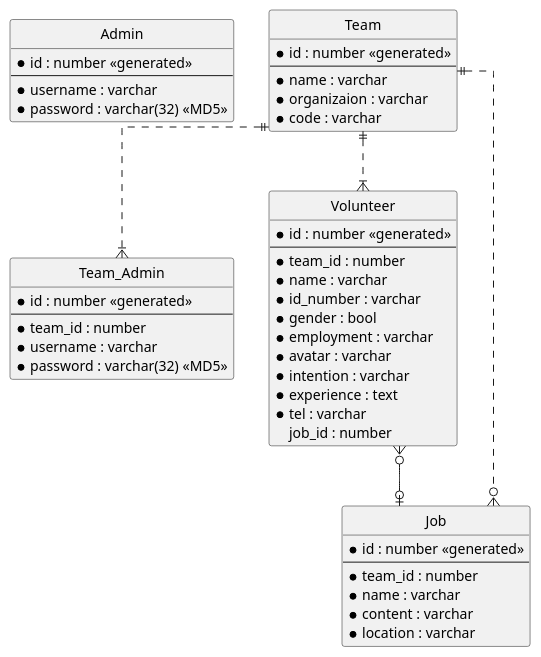
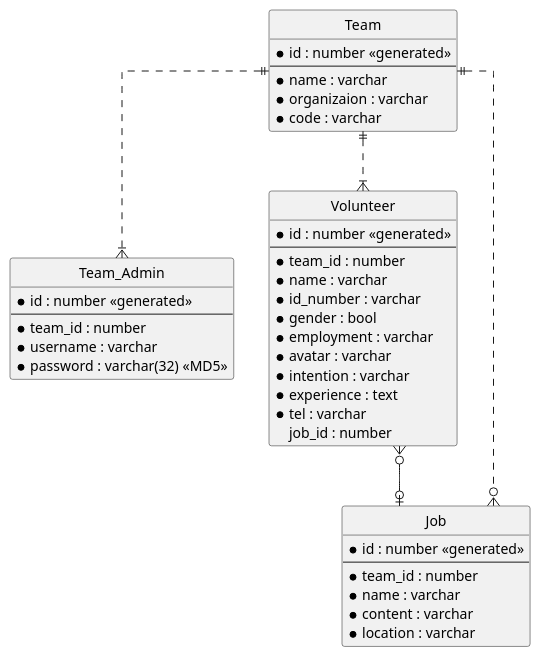
One commit to dump-time/games-admin-server changed the diagram in doc/er.puml. Above: the diagram before and after it, drawn with PlantUML.

Commit message:
Change the database structure

```diff
--- a/doc/er.puml
+++ b/doc/er.puml
@@ -1,65 +1,57 @@
 @startuml database_er
 ' hide the spot
 hide circle
 
 ' avoid problems with angled crows feet
 skinparam linetype ortho
 
-' 平台管理员
-entity "Admin" as a1 {
-    * id : number <<generated>>
-    ---
-    * username : varchar
-    * password : varchar(32) <<MD5>>
-}
-
-' 团队管理员
+' 管理员
 entity "Team_Admin" as a2  {
     * id : number <<generated>>
     ---
     * team_id : number
     * username : varchar
     * password : varchar(32) <<MD5>>
 }
 
 ' 团队
 entity "Team" as t {
     * id : number <<generated>>
     ---
     * name : varchar
     * organizaion : varchar
     * code : varchar
 }
 
 ' 志愿者
 entity "Volunteer" as v {
     * id : number <<generated>>
     ---
     * team_id : number
     * name : varchar
     * id_number : varchar
     * gender : bool
     * employment : varchar
     * avatar : varchar
     * intention : varchar
     * experience : text
     * tel : varchar
     job_id : number
 }
 
 ' 岗位
 entity "Job" as j {
     * id : number <<generated>>
     ---
     * team_id : number
     * name : varchar
     * content : varchar
     * location : varchar
 }
 
 t ||..|{ a2
 t ||..|{ v
 t ||..o{ j
 v }o--o| j
 '
 @enduml
```
